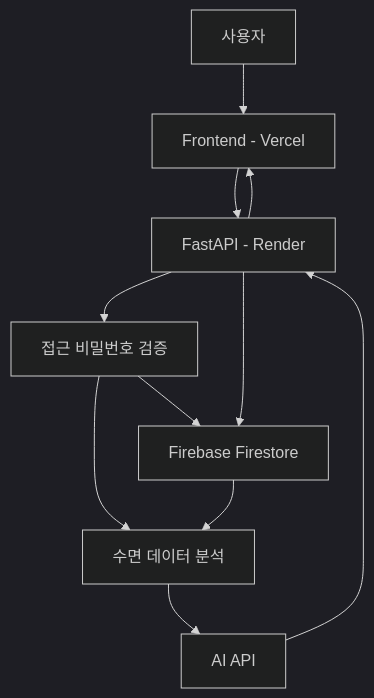
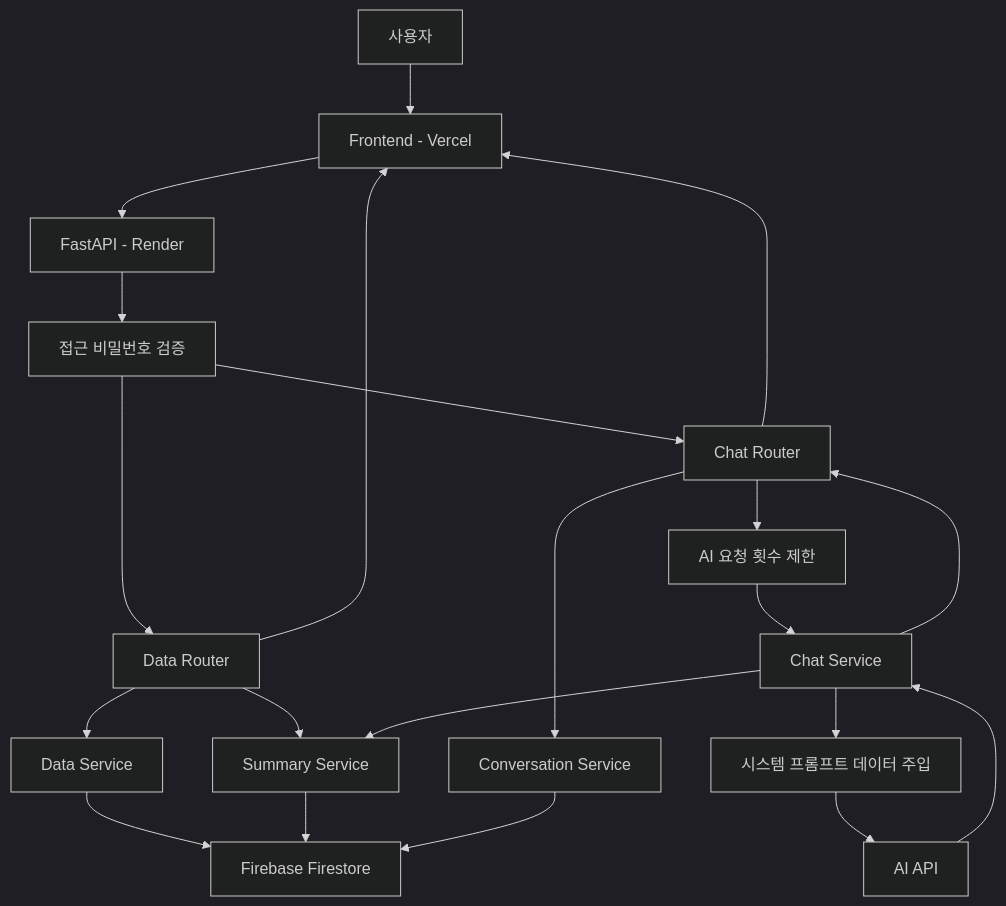
Before and after one commit to jmyd051027/my-ai-chatbot: the diagram in README.md, drawn with Mermaid (dark theme). The commit also changed other lines of this file and 1 other file, not shown here.

````diff
--- a/README.md
+++ b/README.md
@@ -49,13 +81,23 @@
 ```mermaid
 flowchart TD
     A[사용자] --> B[Frontend - Vercel]
     B --> C[FastAPI - Render]
     C --> D[접근 비밀번호 검증]
-    D --> E[Firebase Firestore]
-    D --> F[수면 데이터 분석]
-    E --> F
-    F --> G[AI API]
-    G --> C
-    C --> E
-    C --> B
+    D --> E[Data Router]
+    D --> F[Chat Router]
+    E --> G[Data Service]
+    E --> H[Summary Service]
+    G --> I[Firebase Firestore]
+    H --> I
+    F --> J[AI 요청 횟수 제한]
+    J --> K[Chat Service]
+    K --> H
+    K --> L[시스템 프롬프트 데이터 주입]
+    L --> M[AI API]
+    M --> K
+    K --> F
+    F --> N[Conversation Service]
+    N --> I
+    F --> B
+    E --> B
 ```
````
